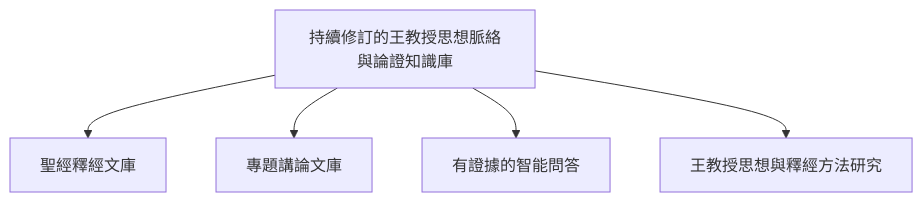
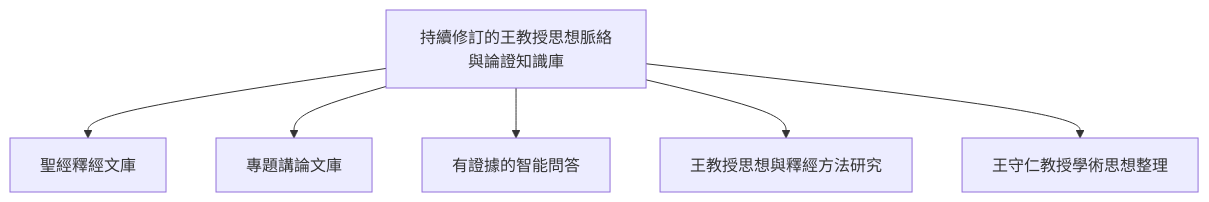
Before and after one commit to junyang168/smart-answer: the ninth of 9 diagrams in docs/wang-knowledge-platform/project_mission_statement.md, drawn with Mermaid. The commit also changed other lines of this file and 100 other files, not shown here.

````diff
--- a/docs/wang-knowledge-platform/project_mission_statement.md
+++ b/docs/wang-knowledge-platform/project_mission_statement.md
@@ -266,7 +310,8 @@
 ```mermaid
 flowchart TD
     A["持續修訂的王教授思想脈絡與論證知識庫"] --> B["聖經釋經文庫"]
     A --> C["專題講論文庫"]
     A --> D["有證據的智能問答"]
     A --> E["王教授思想與釋經方法研究"]
+    A --> F["王守仁教授學術思想整理"]
 ```
````
